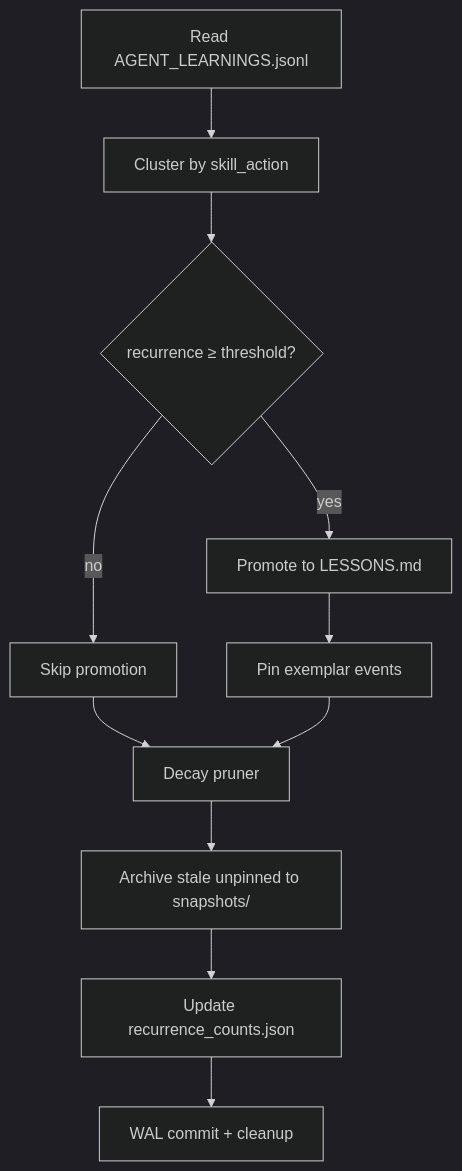
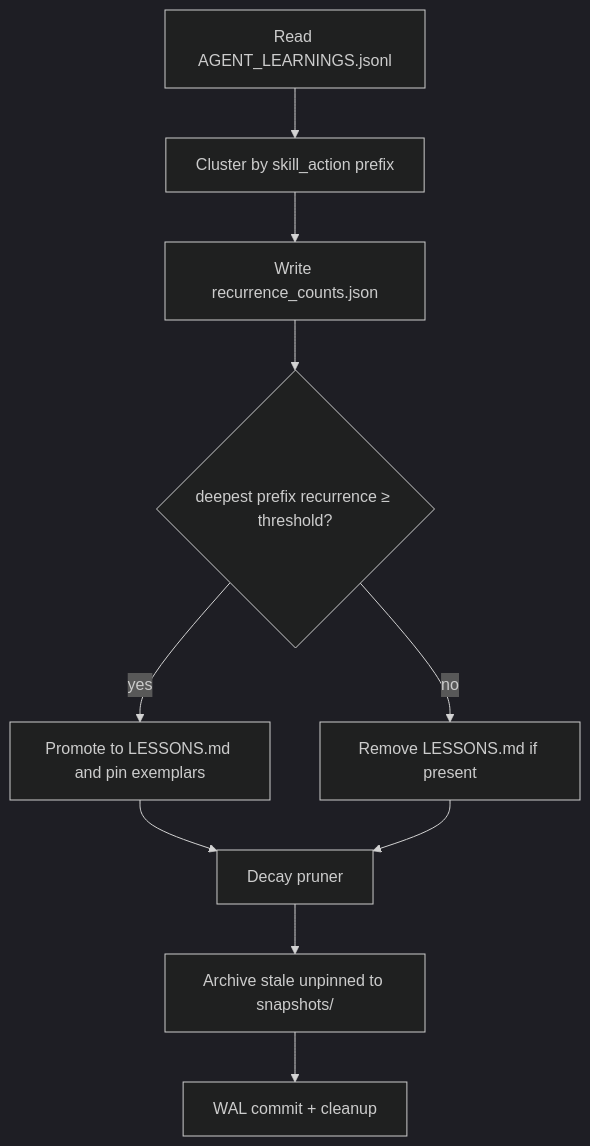
One commit to botzrDev/dreamd changed the diagram in SPEC.md. Above: the diagram before and after it, drawn with Mermaid (dark theme). The commit also changed other lines of this file and 34 other files, not shown here.

````diff
--- a/SPEC.md
+++ b/SPEC.md
@@ -109,13 +109,12 @@
 ```mermaid
 flowchart TD
-    A[Read AGENT_LEARNINGS.jsonl] --> B[Cluster by skill_action]
-    B --> C{recurrence ≥ threshold?}
-    C -->|yes| D[Promote to LESSONS.md]
-    C -->|no| E[Skip promotion]
-    D --> F[Pin exemplar events]
-    E --> G[Decay pruner]
-    F --> G
+    A[Read AGENT_LEARNINGS.jsonl] --> B[Cluster by skill_action prefix]
+    B --> R[Write recurrence_counts.json]
+    R --> C{deepest prefix recurrence ≥ threshold?}
+    C -->|yes| D[Promote to LESSONS.md and pin exemplars]
+    C -->|no| E[Remove LESSONS.md if present]
+    D --> G[Decay pruner]
+    E --> G
     G --> H[Archive stale unpinned to snapshots/]
-    H --> I[Update recurrence_counts.json]
-    I --> J[WAL commit + cleanup]
+    H --> J[WAL commit + cleanup]
 ```
````
